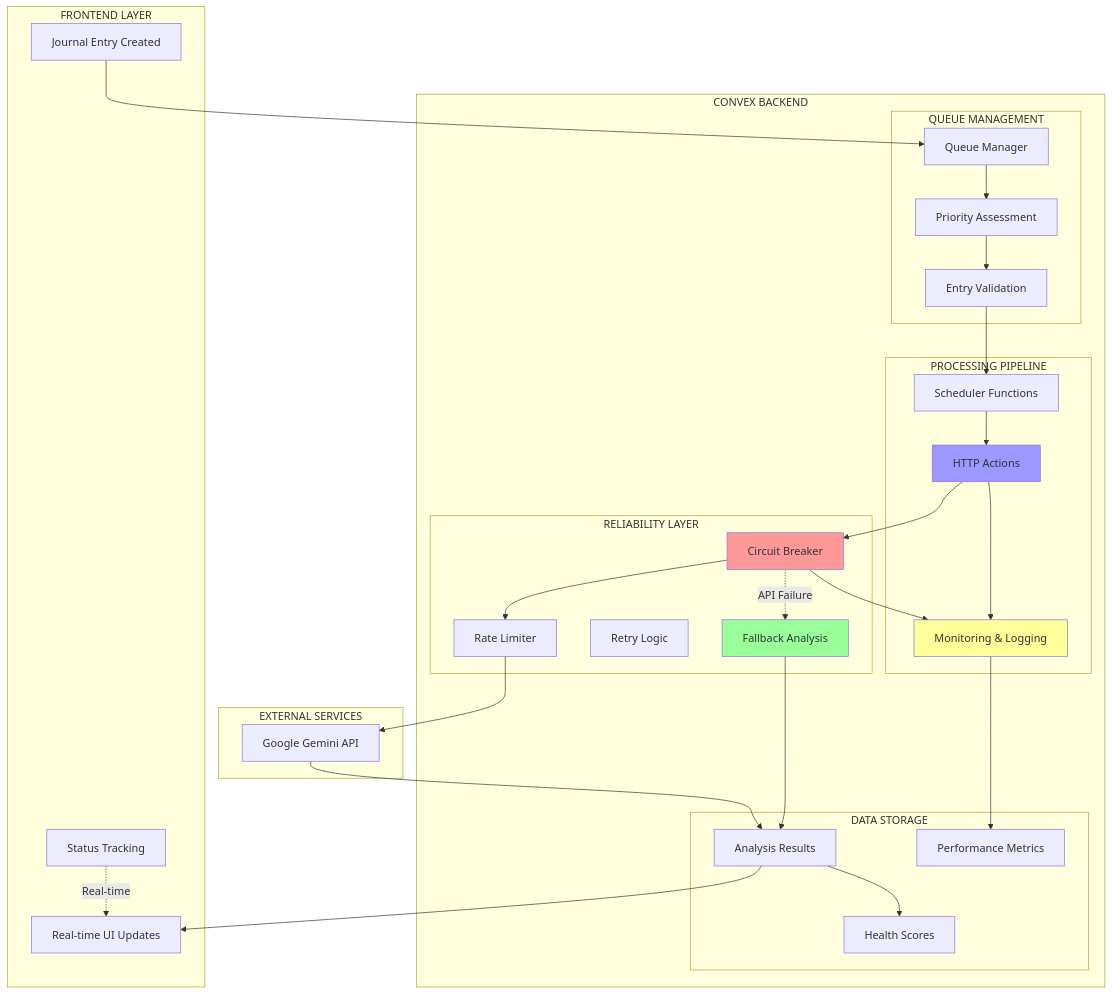
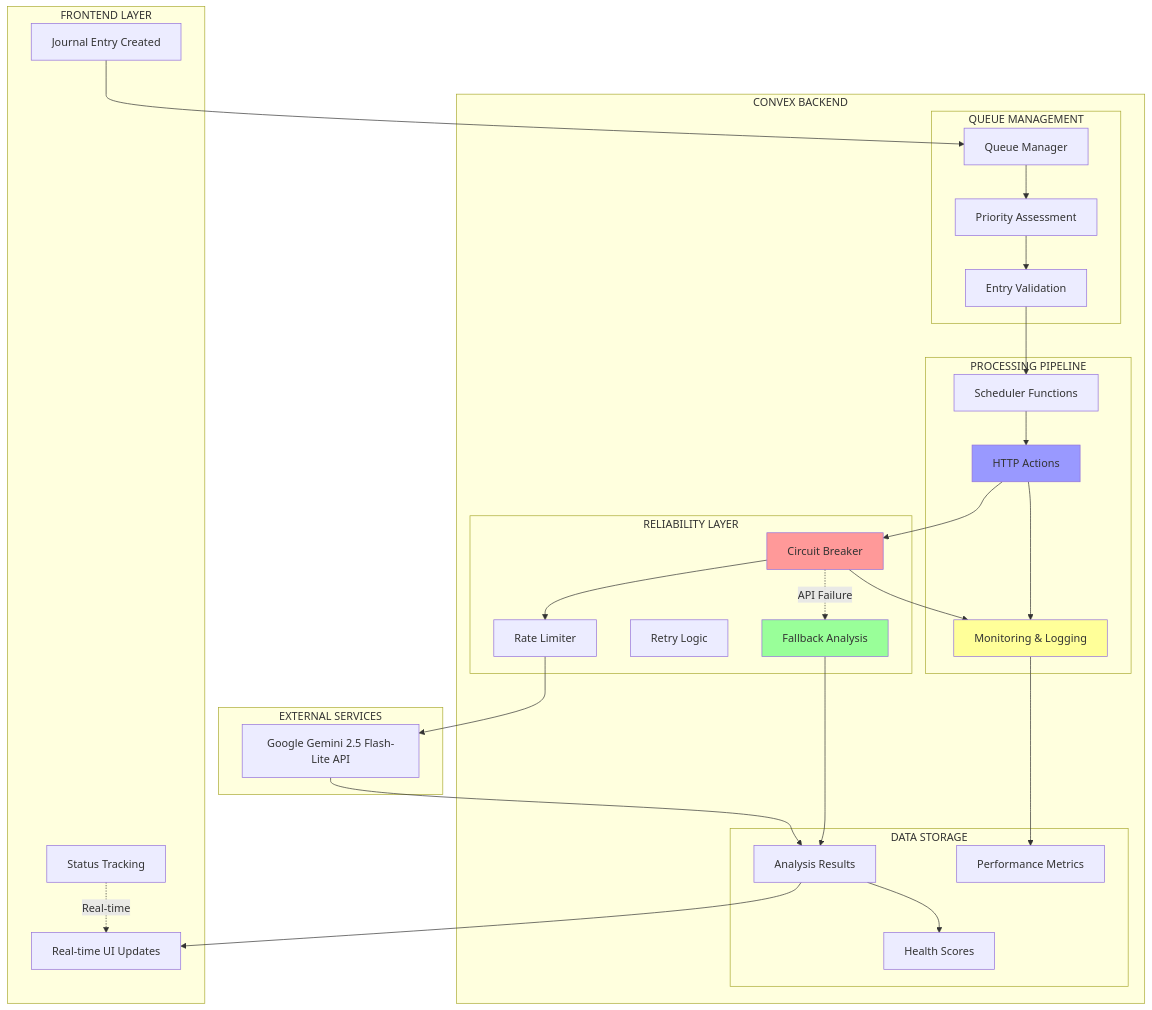
One commit to tcynic/resonant changed the fourth of 10 diagrams in docs/architecture/system-architecture.md. Above: the diagram before and after it, drawn with Mermaid. The commit also changed other lines of this file and 29 other files, not shown here.

First line of the commit message:
Update AI model to Gemini 2.5 Flash-Lite and update all documentation

````diff
--- a/docs/architecture/system-architecture.md
+++ b/docs/architecture/system-architecture.md
@@ -224,65 +224,65 @@
 ```mermaid
 flowchart TD
     subgraph Frontend["FRONTEND LAYER"]
         JE["Journal Entry Created"]
         UI["Real-time UI Updates"]
         STATUS["Status Tracking"]
     end
 
     subgraph ConvexBackend["CONVEX BACKEND"]
         subgraph Queue["QUEUE MANAGEMENT"]
             QM["Queue Manager"]
             PRIORITY["Priority Assessment"]
             VALIDATION["Entry Validation"]
         end
 
         subgraph Processing["PROCESSING PIPELINE"]
             SCHED["Scheduler Functions"]
             HTTP["HTTP Actions"]
             MONITOR["Monitoring & Logging"]
         end
 
         subgraph Reliability["RELIABILITY LAYER"]
             CB["Circuit Breaker"]
             RL["Rate Limiter"]
             RETRY["Retry Logic"]
             FALLBACK["Fallback Analysis"]
         end
 
         subgraph Storage["DATA STORAGE"]
             DB["Analysis Results"]
             METRICS["Performance Metrics"]
             HEALTH["Health Scores"]
         end
     end
 
     subgraph External["EXTERNAL SERVICES"]
-        GEMINI["Google Gemini API"]
+        GEMINI["Google Gemini 2.5 Flash-Lite API"]
     end
 
     JE --> QM
     QM --> PRIORITY
     PRIORITY --> VALIDATION
     VALIDATION --> SCHED
     SCHED --> HTTP
     HTTP --> CB
     CB --> RL
     RL --> GEMINI
     GEMINI --> DB
     DB --> HEALTH
     DB --> UI
-    
+
     CB -.->|"API Failure"| FALLBACK
     FALLBACK --> DB
-    
+
     MONITOR --> METRICS
     HTTP --> MONITOR
     CB --> MONITOR
-    
+
     STATUS -.->|"Real-time"| UI
-    
+
     style CB fill:#ff9999
     style FALLBACK fill:#99ff99
     style HTTP fill:#9999ff
     style MONITOR fill:#ffff99
 ```
````
